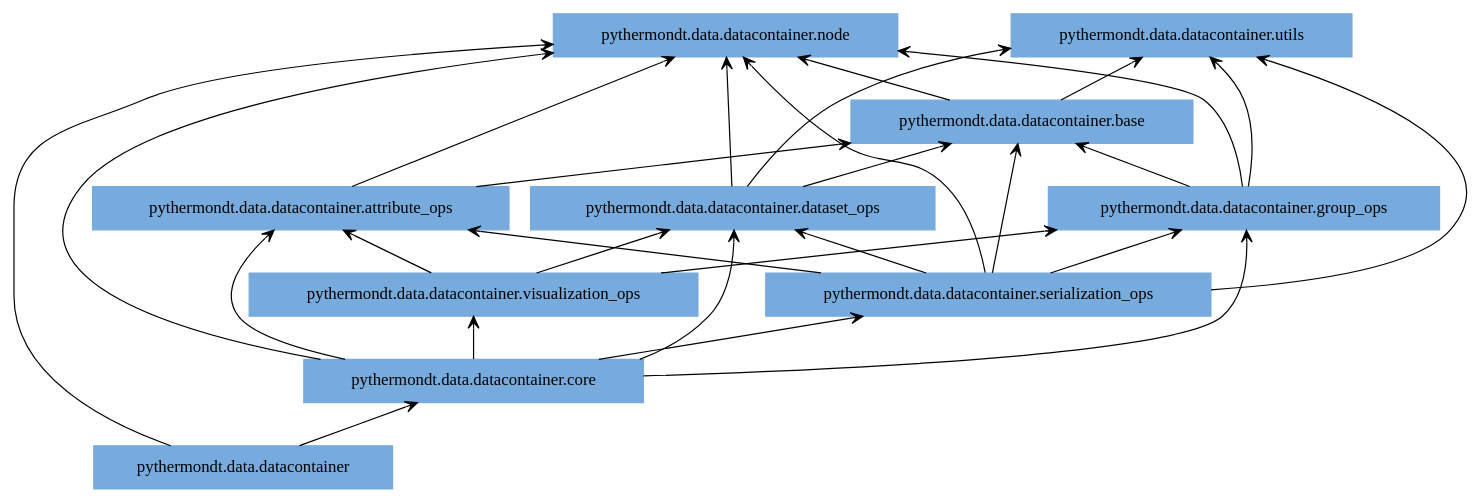
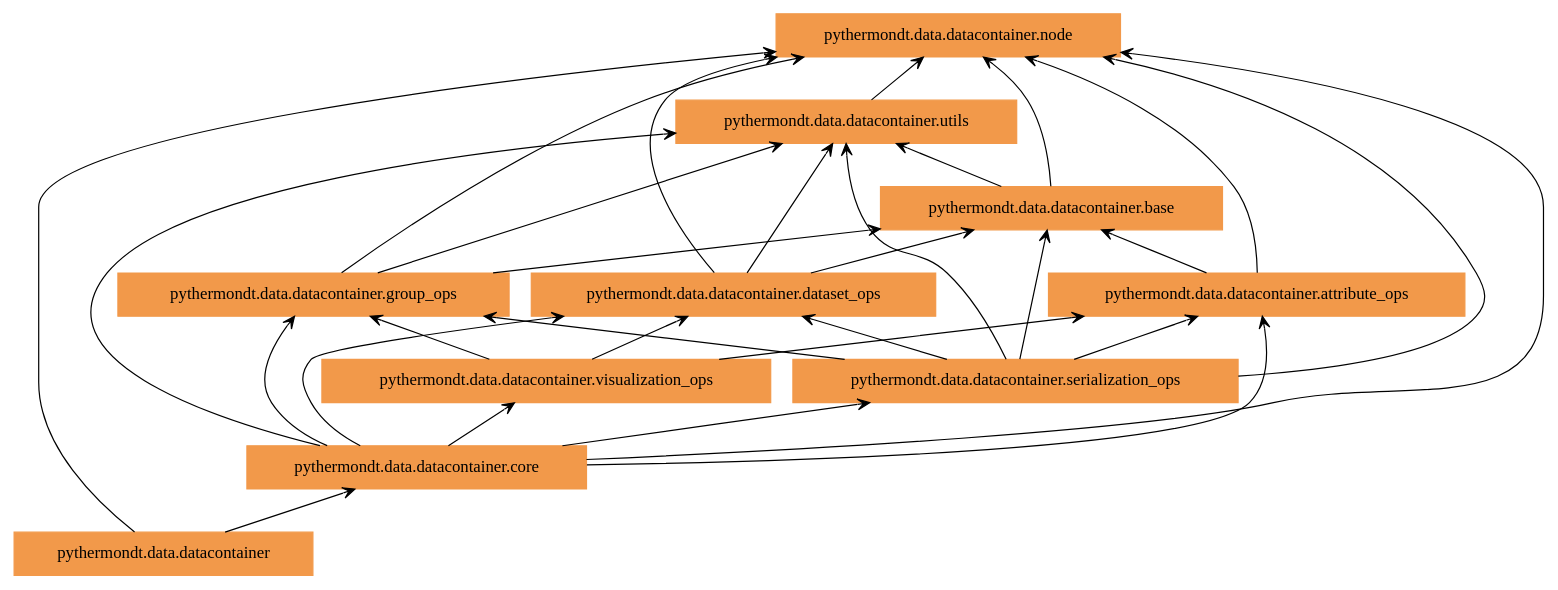
The diagram in docs/pyreverse/packages_pythermondt.data.datacontainer.gv (voidsy-gmbh/pyThermoNDT), drawn with Graphviz before and after one commit. The commit also changed 29 other files, not shown here.

First line of the commit message:
Update the pyreverse diagrams in documentation folder to make them more readable (#44)

```diff
--- a/docs/pyreverse/packages_pythermondt.data.datacontainer.gv
+++ b/docs/pyreverse/packages_pythermondt.data.datacontainer.gv
@@ -1,41 +1,43 @@
 digraph "packages_pythermondt.data.datacontainer" {
 rankdir=BT
 charset="utf-8"
-"pythermondt.data.datacontainer" [color="#77AADD", label=<pythermondt.data.datacontainer>, shape="box", style="filled"];
-"pythermondt.data.datacontainer.attribute_ops" [color="#77AADD", label=<pythermondt.data.datacontainer.attribute_ops>, shape="box", style="filled"];
-"pythermondt.data.datacontainer.base" [color="#77AADD", label=<pythermondt.data.datacontainer.base>, shape="box", style="filled"];
-"pythermondt.data.datacontainer.core" [color="#77AADD", label=<pythermondt.data.datacontainer.core>, shape="box", style="filled"];
-"pythermondt.data.datacontainer.dataset_ops" [color="#77AADD", label=<pythermondt.data.datacontainer.dataset_ops>, shape="box", style="filled"];
-"pythermondt.data.datacontainer.group_ops" [color="#77AADD", label=<pythermondt.data.datacontainer.group_ops>, shape="box", style="filled"];
-"pythermondt.data.datacontainer.node" [color="#77AADD", label=<pythermondt.data.datacontainer.node>, shape="box", style="filled"];
-"pythermondt.data.datacontainer.serialization_ops" [color="#77AADD", label=<pythermondt.data.datacontainer.serialization_ops>, shape="box", style="filled"];
-"pythermondt.data.datacontainer.utils" [color="#77AADD", label=<pythermondt.data.datacontainer.utils>, shape="box", style="filled"];
-"pythermondt.data.datacontainer.visualization_ops" [color="#77AADD", label=<pythermondt.data.datacontainer.visualization_ops>, shape="box", style="filled"];
+"pythermondt.data.datacontainer" [color="#F2994A", label=<pythermondt.data.datacontainer>, shape="box", style="filled"];
+"pythermondt.data.datacontainer.attribute_ops" [color="#F2994A", label=<pythermondt.data.datacontainer.attribute_ops>, shape="box", style="filled"];
+"pythermondt.data.datacontainer.base" [color="#F2994A", label=<pythermondt.data.datacontainer.base>, shape="box", style="filled"];
+"pythermondt.data.datacontainer.core" [color="#F2994A", label=<pythermondt.data.datacontainer.core>, shape="box", style="filled"];
+"pythermondt.data.datacontainer.dataset_ops" [color="#F2994A", label=<pythermondt.data.datacontainer.dataset_ops>, shape="box", style="filled"];
+"pythermondt.data.datacontainer.group_ops" [color="#F2994A", label=<pythermondt.data.datacontainer.group_ops>, shape="box", style="filled"];
+"pythermondt.data.datacontainer.node" [color="#F2994A", label=<pythermondt.data.datacontainer.node>, shape="box", style="filled"];
+"pythermondt.data.datacontainer.serialization_ops" [color="#F2994A", label=<pythermondt.data.datacontainer.serialization_ops>, shape="box", style="filled"];
+"pythermondt.data.datacontainer.utils" [color="#F2994A", label=<pythermondt.data.datacontainer.utils>, shape="box", style="filled"];
+"pythermondt.data.datacontainer.visualization_ops" [color="#F2994A", label=<pythermondt.data.datacontainer.visualization_ops>, shape="box", style="filled"];
 "pythermondt.data.datacontainer" -> "pythermondt.data.datacontainer.core" [arrowhead="open", arrowtail="none"];
 "pythermondt.data.datacontainer" -> "pythermondt.data.datacontainer.node" [arrowhead="open", arrowtail="none"];
 "pythermondt.data.datacontainer.attribute_ops" -> "pythermondt.data.datacontainer.base" [arrowhead="open", arrowtail="none"];
 "pythermondt.data.datacontainer.attribute_ops" -> "pythermondt.data.datacontainer.node" [arrowhead="open", arrowtail="none"];
 "pythermondt.data.datacontainer.base" -> "pythermondt.data.datacontainer.node" [arrowhead="open", arrowtail="none"];
 "pythermondt.data.datacontainer.base" -> "pythermondt.data.datacontainer.utils" [arrowhead="open", arrowtail="none"];
 "pythermondt.data.datacontainer.core" -> "pythermondt.data.datacontainer.attribute_ops" [arrowhead="open", arrowtail="none"];
 "pythermondt.data.datacontainer.core" -> "pythermondt.data.datacontainer.dataset_ops" [arrowhead="open", arrowtail="none"];
 "pythermondt.data.datacontainer.core" -> "pythermondt.data.datacontainer.group_ops" [arrowhead="open", arrowtail="none"];
 "pythermondt.data.datacontainer.core" -> "pythermondt.data.datacontainer.node" [arrowhead="open", arrowtail="none"];
 "pythermondt.data.datacontainer.core" -> "pythermondt.data.datacontainer.serialization_ops" [arrowhead="open", arrowtail="none"];
+"pythermondt.data.datacontainer.core" -> "pythermondt.data.datacontainer.utils" [arrowhead="open", arrowtail="none"];
 "pythermondt.data.datacontainer.core" -> "pythermondt.data.datacontainer.visualization_ops" [arrowhead="open", arrowtail="none"];
 "pythermondt.data.datacontainer.dataset_ops" -> "pythermondt.data.datacontainer.base" [arrowhead="open", arrowtail="none"];
 "pythermondt.data.datacontainer.dataset_ops" -> "pythermondt.data.datacontainer.node" [arrowhead="open", arrowtail="none"];
 "pythermondt.data.datacontainer.dataset_ops" -> "pythermondt.data.datacontainer.utils" [arrowhead="open", arrowtail="none"];
 "pythermondt.data.datacontainer.group_ops" -> "pythermondt.data.datacontainer.base" [arrowhead="open", arrowtail="none"];
 "pythermondt.data.datacontainer.group_ops" -> "pythermondt.data.datacontainer.node" [arrowhead="open", arrowtail="none"];
 "pythermondt.data.datacontainer.group_ops" -> "pythermondt.data.datacontainer.utils" [arrowhead="open", arrowtail="none"];
 "pythermondt.data.datacontainer.serialization_ops" -> "pythermondt.data.datacontainer.attribute_ops" [arrowhead="open", arrowtail="none"];
 "pythermondt.data.datacontainer.serialization_ops" -> "pythermondt.data.datacontainer.base" [arrowhead="open", arrowtail="none"];
 "pythermondt.data.datacontainer.serialization_ops" -> "pythermondt.data.datacontainer.dataset_ops" [arrowhead="open", arrowtail="none"];
 "pythermondt.data.datacontainer.serialization_ops" -> "pythermondt.data.datacontainer.group_ops" [arrowhead="open", arrowtail="none"];
 "pythermondt.data.datacontainer.serialization_ops" -> "pythermondt.data.datacontainer.node" [arrowhead="open", arrowtail="none"];
 "pythermondt.data.datacontainer.serialization_ops" -> "pythermondt.data.datacontainer.utils" [arrowhead="open", arrowtail="none"];
+"pythermondt.data.datacontainer.utils" -> "pythermondt.data.datacontainer.node" [arrowhead="open", arrowtail="none"];
 "pythermondt.data.datacontainer.visualization_ops" -> "pythermondt.data.datacontainer.attribute_ops" [arrowhead="open", arrowtail="none"];
 "pythermondt.data.datacontainer.visualization_ops" -> "pythermondt.data.datacontainer.dataset_ops" [arrowhead="open", arrowtail="none"];
 "pythermondt.data.datacontainer.visualization_ops" -> "pythermondt.data.datacontainer.group_ops" [arrowhead="open", arrowtail="none"];
 }
```
